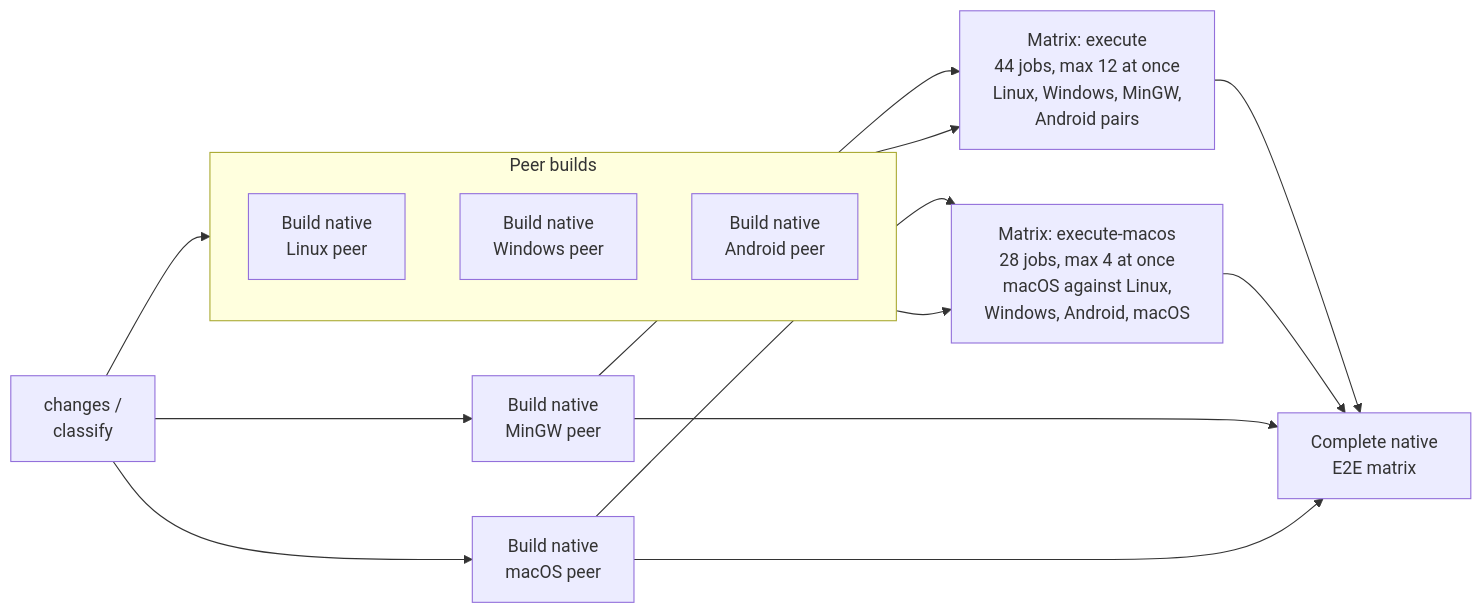
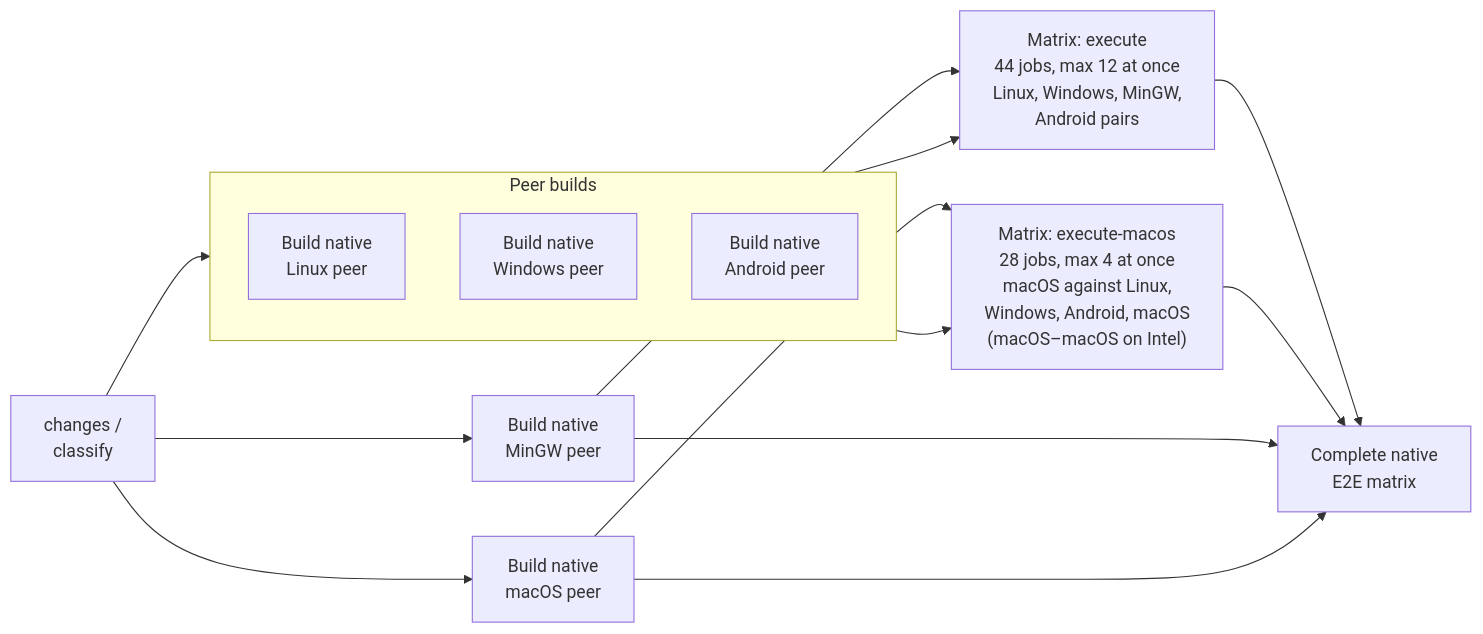
The ninth of 15 diagrams in doc/architecture/CIWorkflows.md (irregularthanis/ggpo-next), drawn with Mermaid before and after one commit. The commit also changed 3 other files, not shown here.

First line of the commit message:
e2e: macOS-macOS pairs on Intel Macs, the rest on Apple Silicon

````diff
--- a/doc/architecture/CIWorkflows.md
+++ b/doc/architecture/CIWorkflows.md
@@ -317,25 +317,25 @@
 ```mermaid
 flowchart LR
     C["changes /<br/>classify"]
     subgraph Builds["Peer builds"]
         BL["Build native<br/>Linux peer"]
         BW["Build native<br/>Windows peer"]
         BA["Build native<br/>Android peer"]
     end
     BM["Build native<br/>MinGW peer"]
     BMac["Build native<br/>macOS peer"]
     X["Matrix: execute<br/>44 jobs, max 12 at once<br/>Linux, Windows, MinGW,<br/>Android pairs"]
-    XM["Matrix: execute-macos<br/>28 jobs, max 4 at once<br/>macOS against Linux,<br/>Windows, Android, macOS"]
+    XM["Matrix: execute-macos<br/>28 jobs, max 4 at once<br/>macOS against Linux,<br/>Windows, Android, macOS<br/>(macOS–macOS on Intel)"]
     F["Complete native<br/>E2E matrix"]
     C --> Builds
     C --> BM
     C --> BMac
     Builds --> X
     Builds --> XM
     BM --> X
     BMac --> XM
     X --> F
     XM --> F
     BM --> F
     BMac --> F
 ```
````
